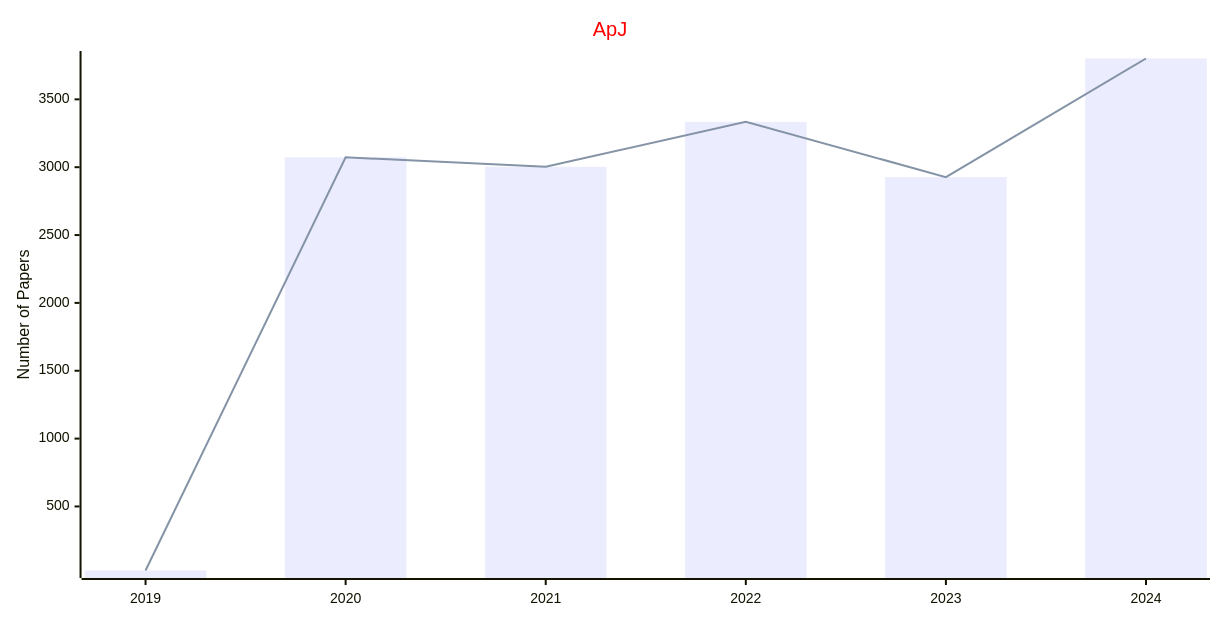
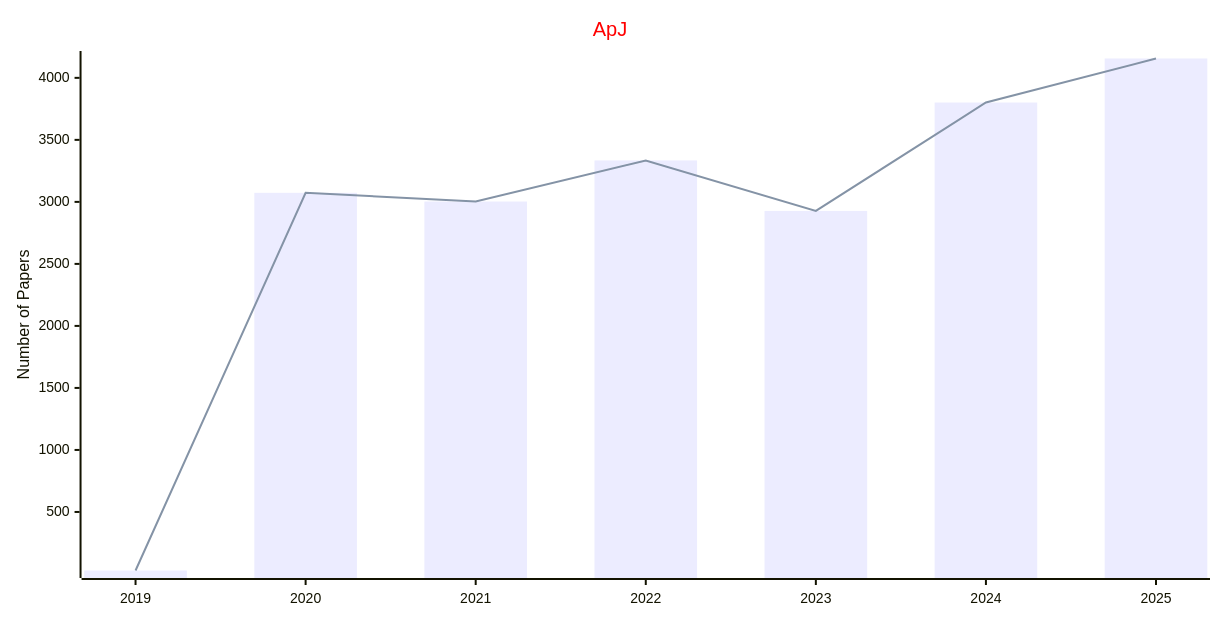
One commit to Easy-PhD/AILinks changed the diagram in docs/data/Journals/Statistics_Journals/Astronomy.md. Above: the diagram before and after it, drawn with Mermaid. The commit also changed 107 other files, not shown here.

````diff
--- a/docs/data/Journals/Statistics_Journals/Astronomy.md
+++ b/docs/data/Journals/Statistics_Journals/Astronomy.md
@@ -15,17 +15,17 @@
 ```mermaid
 ---
 config:
     xyChart:
         width: 1200
         height: 600
     themeVariables:
         xyChart:
             titleColor: "#ff0000"
 ---
 xychart-beta
     title "ApJ"
-    x-axis [2019, 2020, 2021, 2022, 2023, 2024]
+    x-axis [2019, 2020, 2021, 2022, 2023, 2024, 2025]
     y-axis "Number of Papers"
-    bar [28, 3073, 3003, 3334, 2927, 3801]
-    line [28, 3073, 3003, 3334, 2927, 3801]
+    bar [28, 3073, 3003, 3334, 2927, 3801, 4156]
+    line [28, 3073, 3003, 3334, 2927, 3801, 4156]
 ```
````
